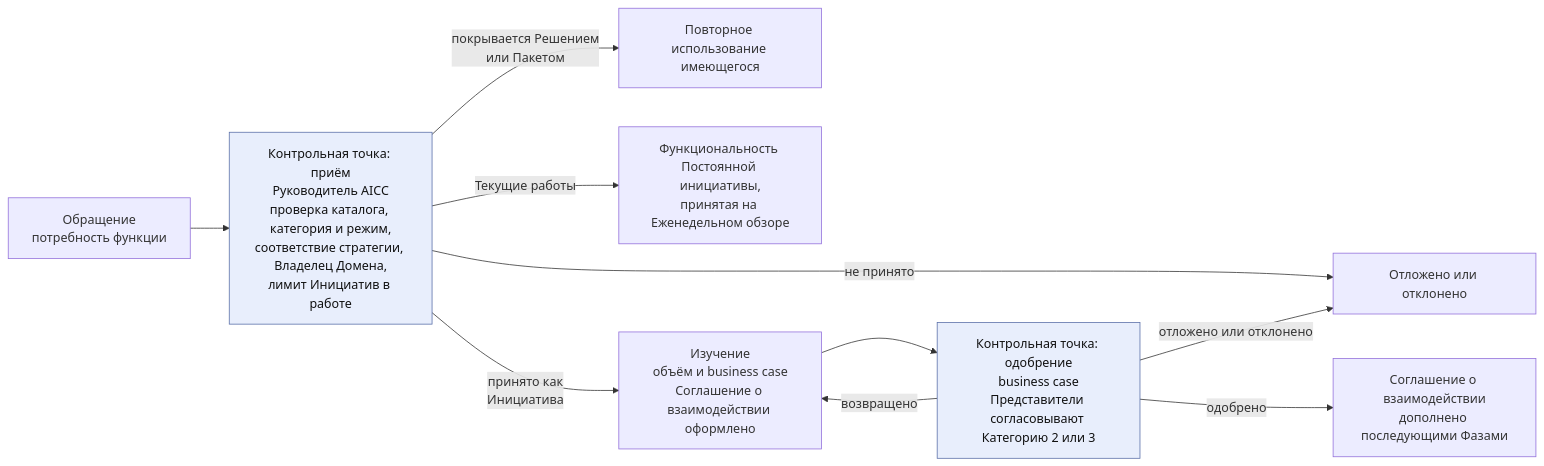
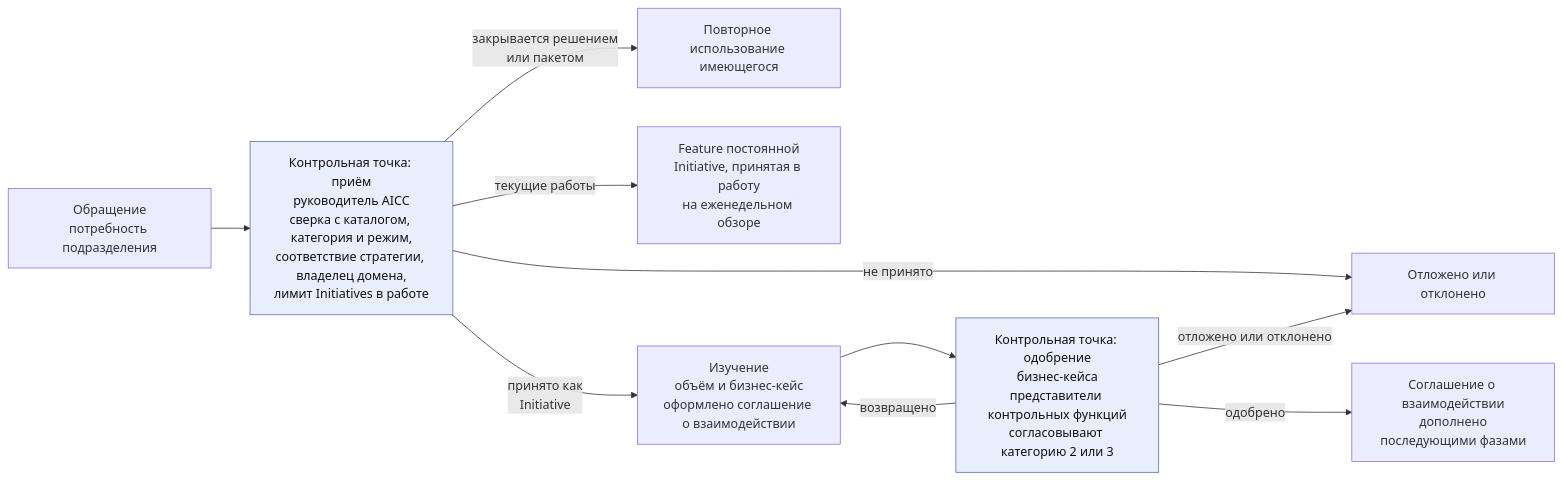
Before and after one commit to devhogu/ob-aicc: the first of 3 diagrams in charter/ru/workflows/engagement.md, drawn with Mermaid. The commit also changed other lines of this file and 7 other files, not shown here.

````diff
--- a/charter/ru/workflows/engagement.md
+++ b/charter/ru/workflows/engagement.md
@@ -21,14 +21,14 @@
 ```mermaid
 flowchart LR
-  C["Обращение<br/>потребность функции"] --> IN["Контрольная точка: приём<br/>Руководитель AICC<br/>проверка каталога, категория и режим,<br/>соответствие стратегии, Владелец Домена,<br/>лимит Инициатив в работе"]
-  IN -->|"покрывается Решением<br/>или Пакетом"| RU["Повторное использование имеющегося"]
-  IN -->|"Текущие работы"| RR["Функциональность Постоянной инициативы,<br/>принятая на Еженедельном обзоре"]
-  IN -->|"принято как<br/>Инициатива"| ST["Изучение<br/>объём и business case<br/>Соглашение о взаимодействии оформлено"]
+  C["Обращение<br/>потребность подразделения"] --> IN["Контрольная точка: приём<br/>руководитель AICC<br/>сверка с каталогом, категория и режим,<br/>соответствие стратегии, владелец домена,<br/>лимит Initiatives в работе"]
+  IN -->|"закрывается решением<br/>или пакетом"| RU["Повторное использование имеющегося"]
+  IN -->|"текущие работы"| RR["Feature постоянной<br/>Initiative, принятая в работу<br/>на еженедельном обзоре"]
+  IN -->|"принято как<br/>Initiative"| ST["Изучение<br/>объём и бизнес-кейс<br/>оформлено соглашение о взаимодействии"]
   IN -->|"не принято"| DR["Отложено или отклонено"]
-  ST --> AP["Контрольная точка: одобрение<br/>business case<br/>Представители согласовывают Категорию 2 или 3"]
+  ST --> AP["Контрольная точка: одобрение<br/>бизнес-кейса<br/>представители контрольных функций<br/>согласовывают категорию 2 или 3"]
   AP -->|"возвращено"| ST
   AP -->|"отложено или отклонено"| DR
-  AP -->|"одобрено"| SA["Соглашение о взаимодействии<br/>дополнено последующими Фазами"]
+  AP -->|"одобрено"| SA["Соглашение о взаимодействии<br/>дополнено<br/>последующими фазами"]
   classDef gate fill:#e8eefc,stroke:#5a6fa8,color:#111
   class IN,AP gate
 ```
````
